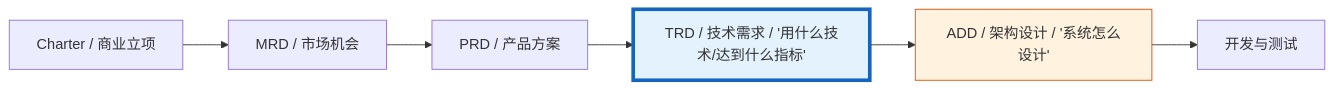
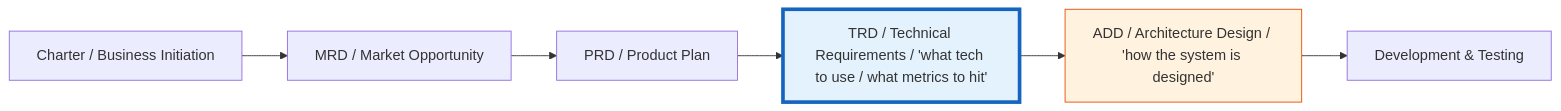
One commit to Kirky-X/cangjie changed the first of 3 diagrams in templates/产品/技术层/【模板】技术需求文档(TRD).md. Above: the diagram before and after it, drawn with Mermaid. The commit also changed other lines of this file and 46 other files, not shown here.

````diff
--- a/templates/产品/技术层/【模板】技术需求文档(TRD).md
+++ b/templates/产品/技术层/【模板】技术需求文档(TRD).md
@@ -25,10 +25,10 @@
 ```mermaid
 graph LR
-    A[Charter / 商业立项] --> B[MRD / 市场机会]
-    B --> C[PRD / 产品方案]
-    C --> D[TRD / 技术需求 / '用什么技术/达到什么指标']
-    D --> E[ADD / 架构设计 / '系统怎么设计']
-    E --> F[开发与测试]
+    A[Charter / Business Initiation] --> B[MRD / Market Opportunity]
+    B --> C[PRD / Product Plan]
+    C --> D[TRD / Technical Requirements / 'what tech to use / what metrics to hit']
+    D --> E[ADD / Architecture Design / 'how the system is designed']
+    E --> F[Development & Testing]
     style D fill:#e3f2fd,stroke:#1565c0,stroke-width:4px
     style E fill:#fff3e0,stroke:#e65100
 ```
````
